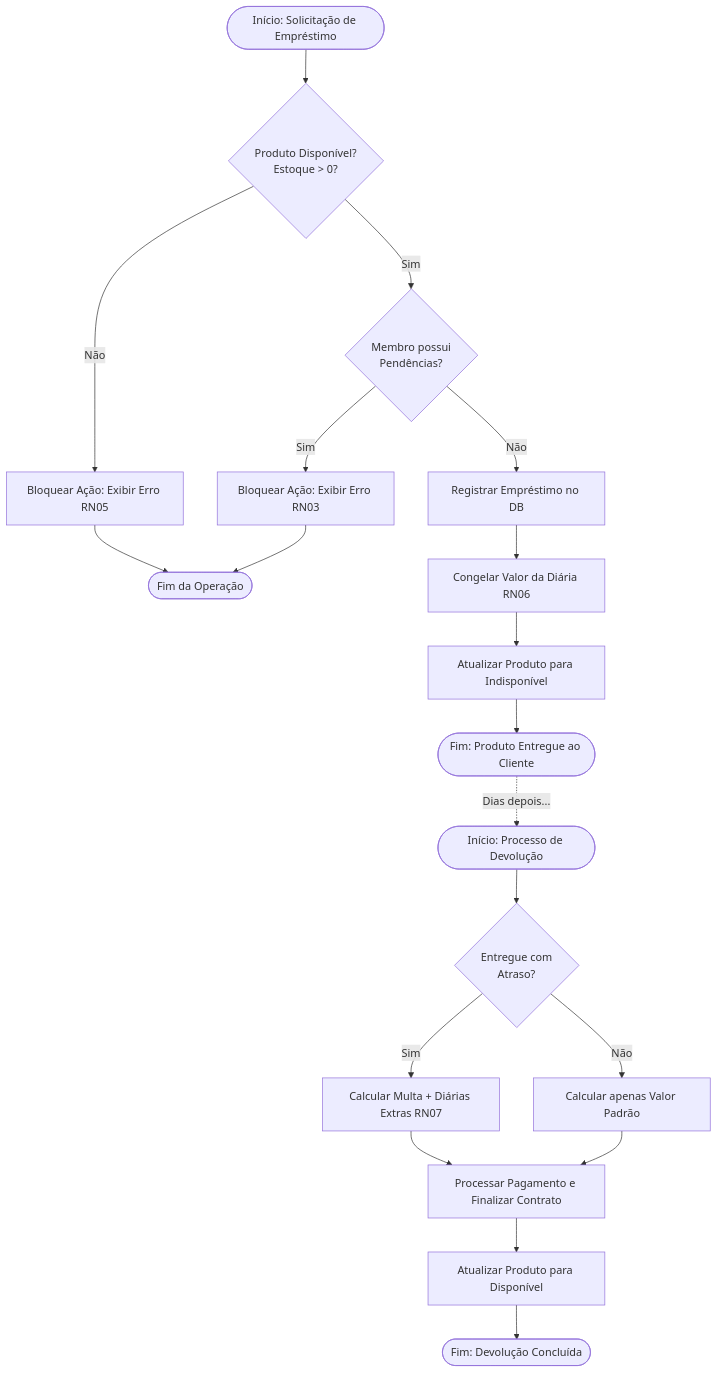
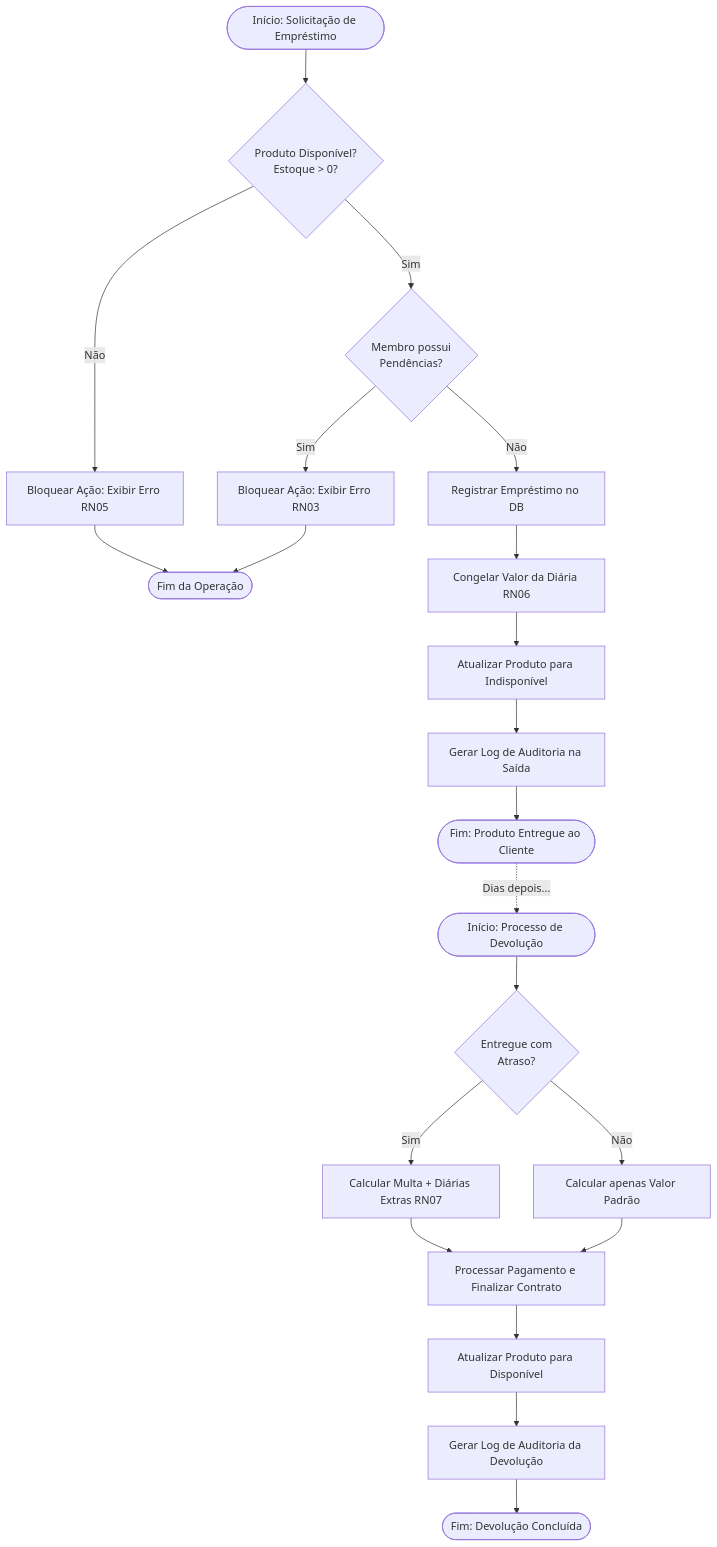
One commit to inumaki-david/Geek-Hub changed the fourth of 4 diagrams in README.md. Above: the diagram before and after it, drawn with Mermaid. The commit also changed other lines of this file, not shown here.

````diff
--- a/README.md
+++ b/README.md
@@ -378,34 +510,36 @@
 ```mermaid
 flowchart TD
 
     %% Início do Empréstimo
     A([Início: Solicitação de Empréstimo]):::startEnd --> B{Produto Disponível?<br>Estoque > 0?}:::decision
     
     %% Validações de Saída
     B -- Não --> C[Bloquear Ação: Exibir Erro RN05]:::error --> Z([Fim da Operação]):::startEnd
     B -- Sim --> D{Membro possui<br>Pendências?}:::decision
     
     D -- Sim --> E[Bloquear Ação: Exibir Erro RN03]:::error --> Z
     D -- Não --> F[Registrar Empréstimo no DB]:::process
     
     %% Efetivação do Empréstimo
     F --> G[Congelar Valor da Diária RN06]:::process
     G --> H[Atualizar Produto para Indisponível]:::process
-    H --> I([Fim: Produto Entregue ao Cliente]):::startEnd
+    H --> TR[Gerar Log de Auditoria na Saída]:::process
+    TR --> I([Fim: Produto Entregue ao Cliente]):::startEnd
 
     %% Linha do tempo imaginária para devolução
     I -. "Dias depois..." .-> J([Início: Processo de Devolução]):::startEnd
     
     %% Processo de Devolução
     J --> K{Entregue com<br>Atraso?}:::decision
     
     K -- Sim --> L[Calcular Multa + Diárias Extras RN07]:::process
     K -- Não --> M[Calcular apenas Valor Padrão]:::process
     
     L --> N[Processar Pagamento e Finalizar Contrato]:::process
     M --> N
     
     N --> O[Atualizar Produto para Disponível]:::process
-    O --> P([Fim: Devolução Concluída]):::startEnd
+    O --> TR2[Gerar Log de Auditoria da Devolução]:::process
+    TR2 --> P([Fim: Devolução Concluída]):::startEnd
 
 ```
````
